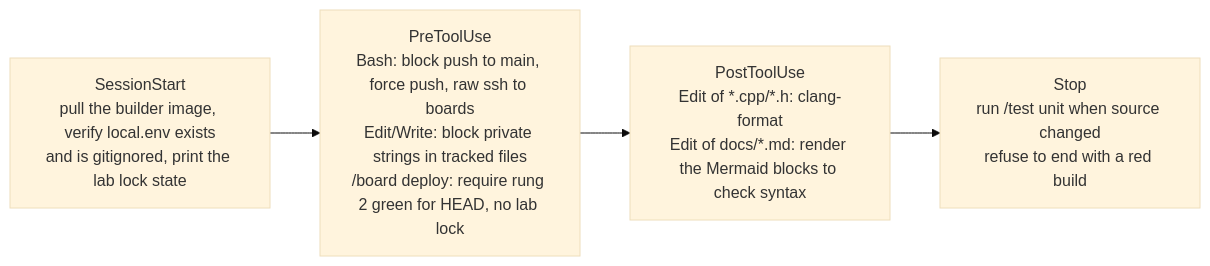
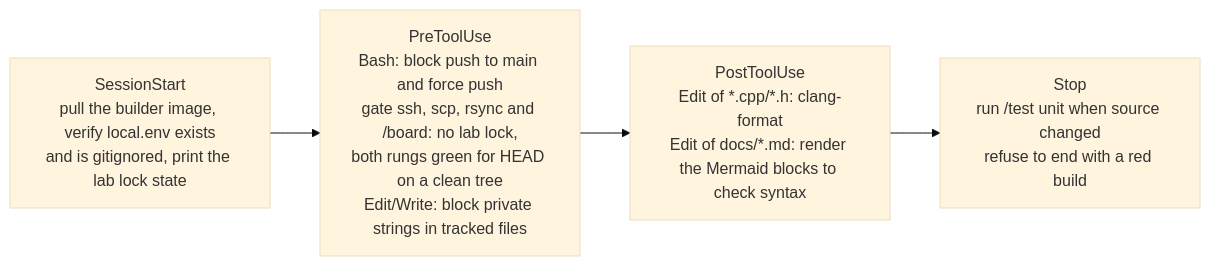
Before and after one commit to AMuszkat/bpi_amp_platform: the fourth of 6 diagrams in docs/autonomous-development.md, drawn with Mermaid (base theme). The commit also changed other lines of this file and 11 other files, not shown here.

````diff
--- a/docs/autonomous-development.md
+++ b/docs/autonomous-development.md
@@ -209,8 +210,8 @@
 ```mermaid
 flowchart LR
     ss["SessionStart<br/>pull the builder image, verify local.env exists<br/>and is gitignored, print the lab lock state"]
-    pre["PreToolUse<br/>Bash: block push to main, force push, raw ssh to boards<br/>Edit/Write: block private strings in tracked files<br/>/board deploy: require rung 2 green for HEAD, no lab lock"]
+    pre["PreToolUse<br/>Bash: block push to main and force push<br/>gate ssh, scp, rsync and /board: no lab lock,<br/>both rungs green for HEAD on a clean tree<br/>Edit/Write: block private strings in tracked files"]
     post["PostToolUse<br/>Edit of *.cpp/*.h: clang-format<br/>Edit of docs/*.md: render the Mermaid blocks to check syntax"]
     stop["Stop<br/>run /test unit when source changed<br/>refuse to end with a red build"]
     ss --> pre --> post --> stop
 ```
````
